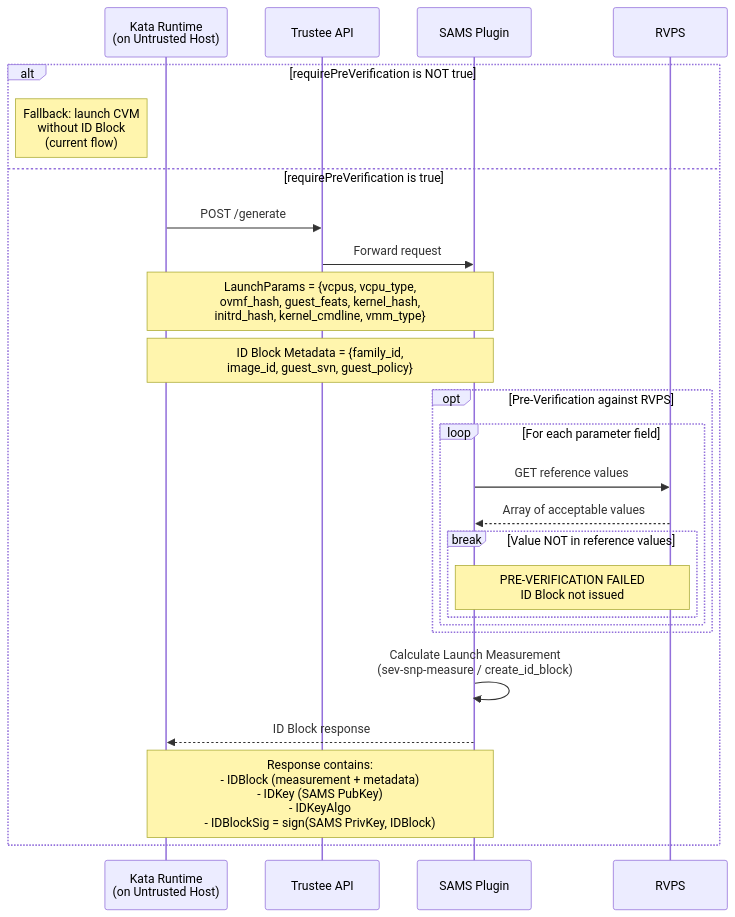
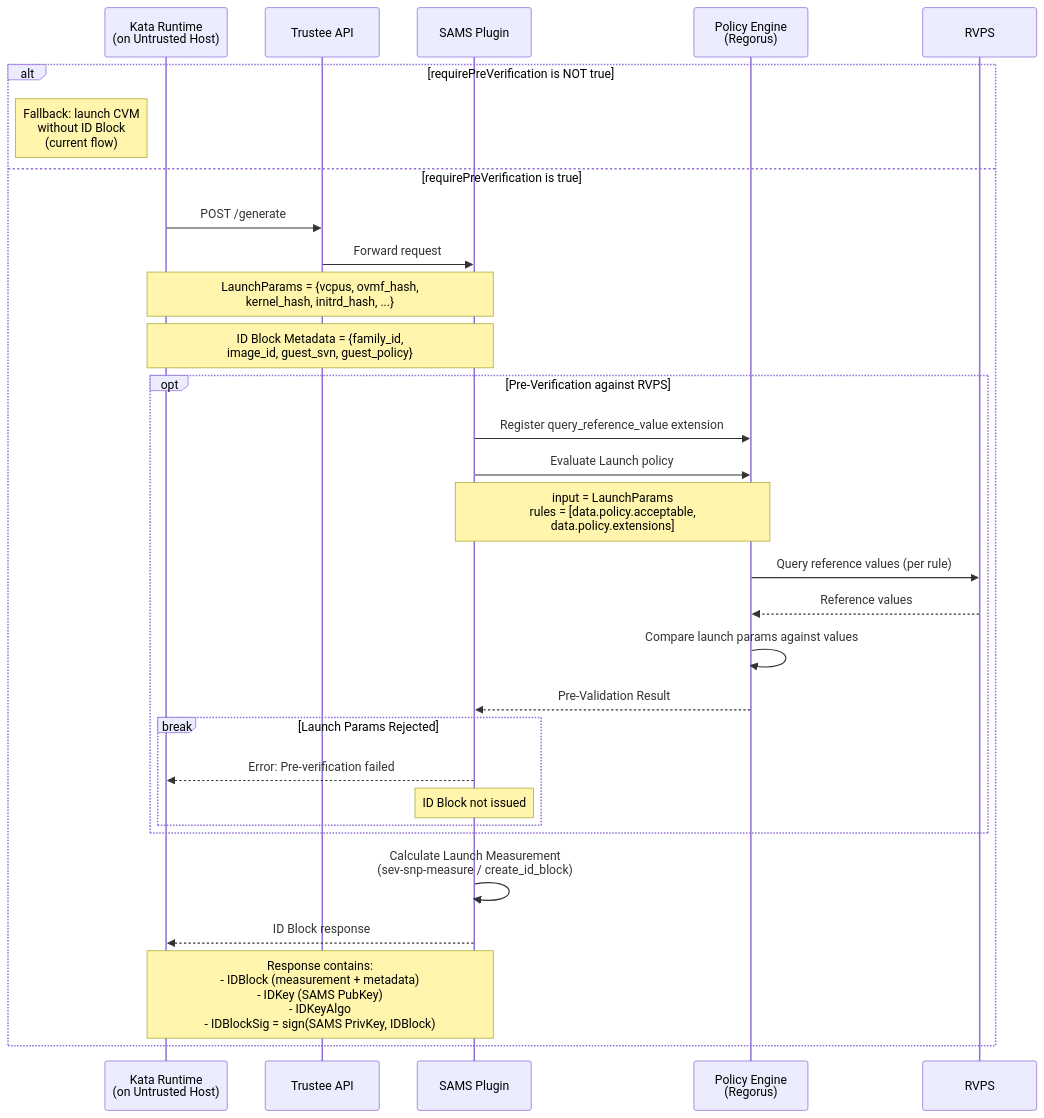
The second of 6 diagrams in kbs/src/plugins/implementations/sams/README.md (amd-cmaxwell/trustee), drawn with Mermaid before and after one commit. The commit also changed other lines of this file, not shown here.

Commit message:
add policy-evaluation to sams proposal

````diff
--- a/kbs/src/plugins/implementations/sams/README.md
+++ b/kbs/src/plugins/implementations/sams/README.md
@@ -84,32 +94,36 @@
 ```mermaid
 sequenceDiagram
     participant kata_runtime as Kata Runtime<br>(on Untrusted Host)
     participant api as Trustee API
     participant sams as SAMS Plugin
+    participant policy_engine as Policy Engine<br>(Regorus)
     participant rvps as RVPS
 
     alt requirePreVerification is NOT true
         note left of kata_runtime: Fallback: launch CVM<br>without ID Block<br>(current flow)
     else requirePreVerification is true
         kata_runtime ->> api: POST /generate
         api ->> sams: Forward request
 
-        note over kata_runtime, sams: LaunchParams = {vcpus, vcpu_type,<br>ovmf_hash, guest_feats, kernel_hash,<br>initrd_hash, kernel_cmdline, vmm_type}
+        note over kata_runtime, sams: LaunchParams = {vcpus, ovmf_hash,<br>kernel_hash, initrd_hash, ...}
         note over kata_runtime, sams: ID Block Metadata = {family_id,<br>image_id, guest_svn, guest_policy}
 
         opt Pre-Verification against RVPS
-            loop For each parameter field
-                sams ->> rvps: GET reference values
-                rvps -->> sams: Array of acceptable values
-                break Value NOT in reference values
-                    note over sams, rvps: PRE-VERIFICATION FAILED<br>ID Block not issued
-                end
+            sams ->> policy_engine: Register query_reference_value extension
+            sams ->> policy_engine: Evaluate Launch policy
+            note over sams, policy_engine: input = LaunchParams<br>rules = [data.policy.acceptable,<br>data.policy.extensions]
+            policy_engine ->> rvps: Query reference values (per rule)
+            rvps -->> policy_engine: Reference values
+            policy_engine ->> policy_engine: Compare launch params against values
+            policy_engine -->> sams: Pre-Validation Result
+            break Launch Params Rejected
+                sams -->> kata_runtime: Error: Pre-verification failed
+                note over sams: ID Block not issued
             end
         end
 
         sams ->> sams: Calculate Launch Measurement<br>(sev-snp-measure / create_id_block)
-
         sams -->> kata_runtime: ID Block response
         note over sams, kata_runtime: Response contains:<br>- IDBlock (measurement + metadata)<br>- IDKey (SAMS PubKey)<br>- IDKeyAlgo<br>- IDBlockSig = sign(SAMS PrivKey, IDBlock)
     end
 ```
````
